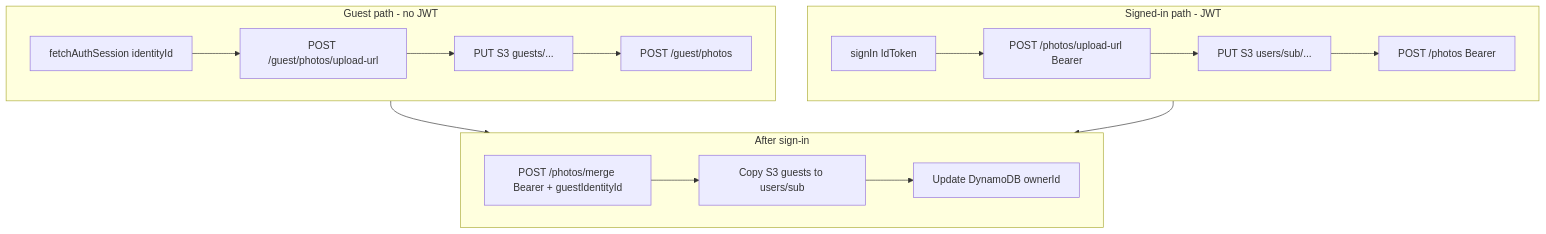
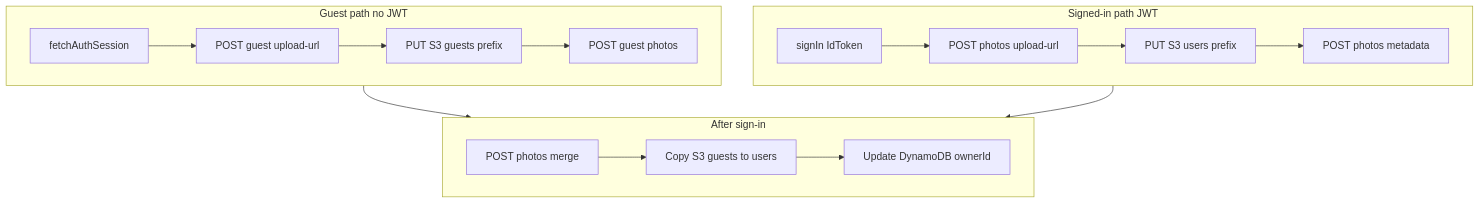
The second of 8 diagrams in README.md (stephenfreely/photostore), drawn with Mermaid before and after one commit. The commit also changed other lines of this file, not shown here.

````diff
--- a/README.md
+++ b/README.md
@@ -306,28 +306,28 @@
 ```mermaid
 flowchart TB
-  subgraph guestPath [Guest path - no JWT]
-    G1[fetchAuthSession identityId]
-    G2[POST /guest/photos/upload-url]
-    G3[PUT S3 guests/...]
-    G4[POST /guest/photos]
+  subgraph guestPath [Guest path no JWT]
+    G1[fetchAuthSession]
+    G2[POST guest upload-url]
+    G3[PUT S3 guests prefix]
+    G4[POST guest photos]
     G1 --> G2 --> G3 --> G4
   end
 
-  subgraph authPath [Signed-in path - JWT]
+  subgraph authPath [Signed-in path JWT]
     A1[signIn IdToken]
-    A2[POST /photos/upload-url Bearer]
-    A3[PUT S3 users/sub/...]
-    A4[POST /photos Bearer]
+    A2[POST photos upload-url]
+    A3[PUT S3 users prefix]
+    A4[POST photos metadata]
     A1 --> A2 --> A3 --> A4
   end
 
   subgraph mergePath [After sign-in]
-    M1["POST /photos/merge Bearer + guestIdentityId"]
-    M2["Copy S3 guests to users/sub"]
+    M1[POST photos merge]
+    M2[Copy S3 guests to users]
     M3[Update DynamoDB ownerId]
     M1 --> M2 --> M3
   end
 
   guestPath --> mergePath
   authPath --> mergePath
 ```
````
